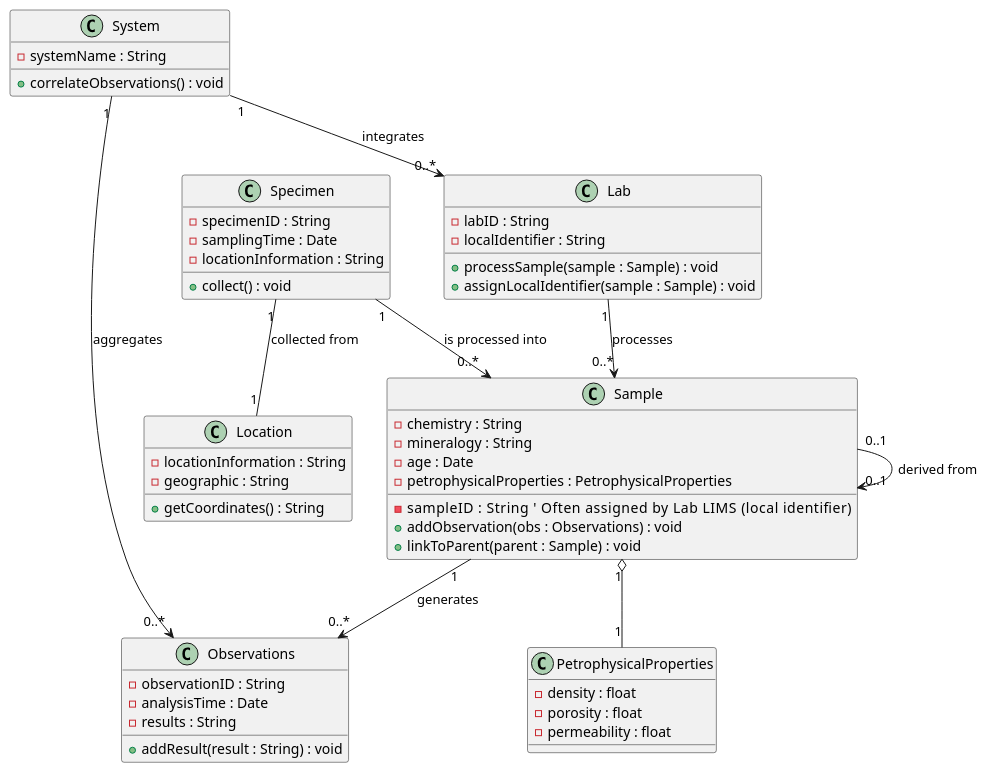
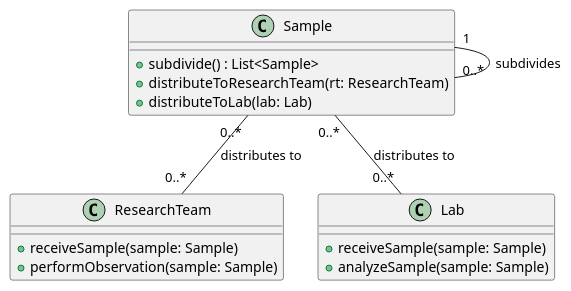
The diagram in survey-ud/gen-r-ent-o3-mini/geological-samples-observation_class_diagram.puml (RayWP/pfsa-id), drawn with PlantUML before and after one commit. The commit also changed 40 other files, not shown here.

```diff
--- a/survey-ud/gen-r-ent-o3-mini/geological-samples-observation_class_diagram.puml
+++ b/survey-ud/gen-r-ent-o3-mini/geological-samples-observation_class_diagram.puml
@@ -1,76 +1,29 @@
 @startuml
-' Define classes
-
-class Specimen {
-  - specimenID : String
-  - samplingTime : Date
-  - locationInformation : String
-  + collect() : void
+' Define the Sample class with methods to subdivide and distribute itself
+class Sample {
+  + subdivide() : List<Sample>
+  + distributeToResearchTeam(rt: ResearchTeam)
+  + distributeToLab(lab: Lab)
 }
 
-class Sample {
-  - sampleID : String          ' Often assigned by Lab LIMS (local identifier)
-  - chemistry : String
-  - mineralogy : String
-  - age : Date
-  - petrophysicalProperties : PetrophysicalProperties
-  + addObservation(obs : Observations) : void
-  + linkToParent(parent : Sample) : void
+' Define the ResearchTeam class with methods to receive a sample and perform observations
+class ResearchTeam {
+  + receiveSample(sample: Sample)
+  + performObservation(sample: Sample)
 }
 
-class PetrophysicalProperties {
-  - density : float
-  - porosity : float
-  - permeability : float
+' Define the Lab class with methods to receive and analyze a sample
+class Lab {
+  + receiveSample(sample: Sample)
+  + analyzeSample(sample: Sample)
 }
 
-class Observations {
-  - observationID : String
-  - analysisTime : Date
-  - results : String
-  + addResult(result : String) : void
-}
+' A sample may be subdivided into multiple sub-samples
+Sample "1" -- "0..*" Sample : subdivides
 
-class Lab {
-  - labID : String
-  - localIdentifier : String
-  + processSample(sample : Sample) : void
-  + assignLocalIdentifier(sample : Sample) : void
-}
+' Many samples can be distributed to many research teams
+Sample "0..*" -- "0..*" ResearchTeam : distributes to
 
-class Location {
-  - locationInformation : String
-  - geographic : String
-  + getCoordinates() : String
-}
-
-class System {
-  - systemName : String
-  + correlateObservations() : void
-}
-
-' Relationships
-
-' A Specimen is collected from a Location
-Specimen "1" -- "1" Location : "collected from"
-
-' A Specimen (physical sample from field) gives rise to one or more Samples
-Specimen "1" --> "0..*" Sample : "is processed into"
-
-' A Lab processes many Samples (and assigns a local identifier)
-Lab "1" --> "0..*" Sample : "processes"
-
-' Samples generate one or many Observations
-Sample "1" --> "0..*" Observations : "generates"
-
-' A Sample has a composite petrophysical property attribute
-Sample "1" o-- "1" PetrophysicalProperties
-
-' Derived samples: a Sample may be a strict sub-sample or biased split of a parent Sample.
-Sample "0..1" --> "0..1" Sample : "derived from"
-
-' The System integrates results from multiple Labs and Observations
-System "1" --> "0..*" Lab : "integrates"
-System "1" --> "0..*" Observations : "aggregates"
-
+' Many samples can be distributed to many labs
+Sample "0..*" -- "0..*" Lab : distributes to
 @enduml
```
